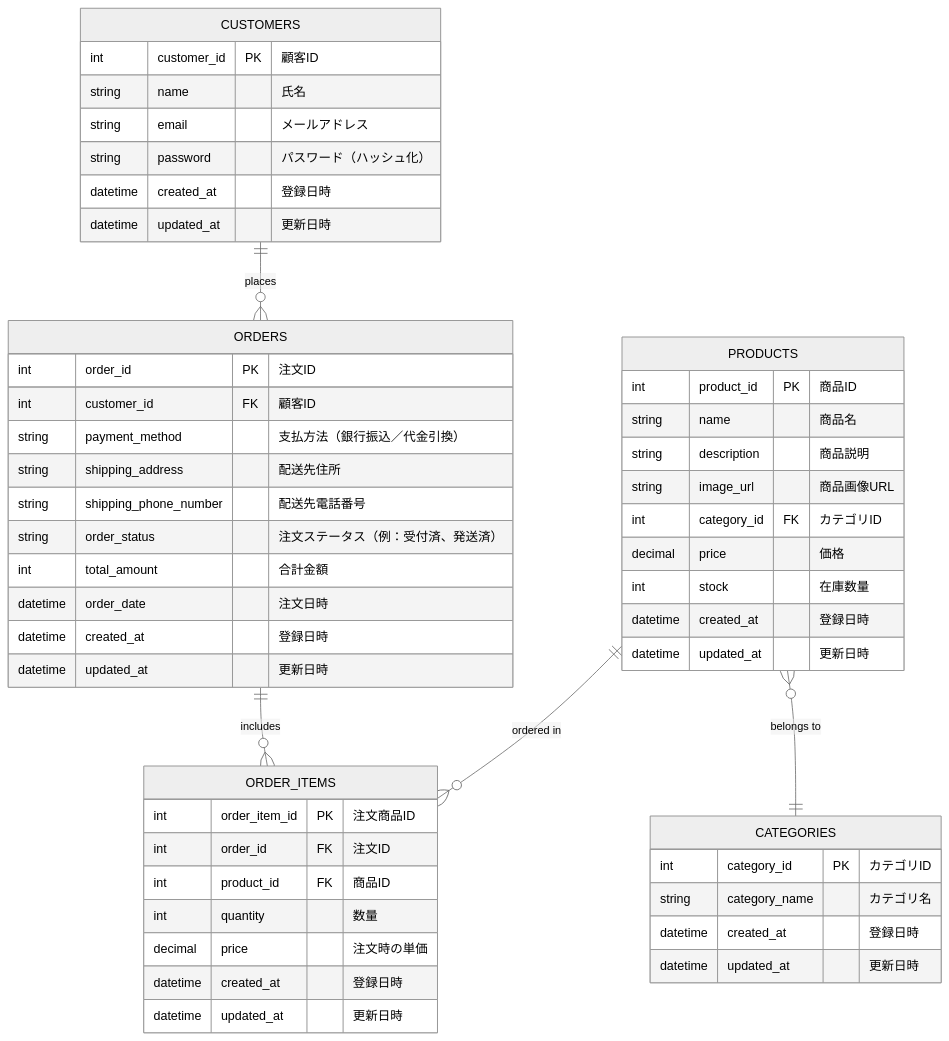
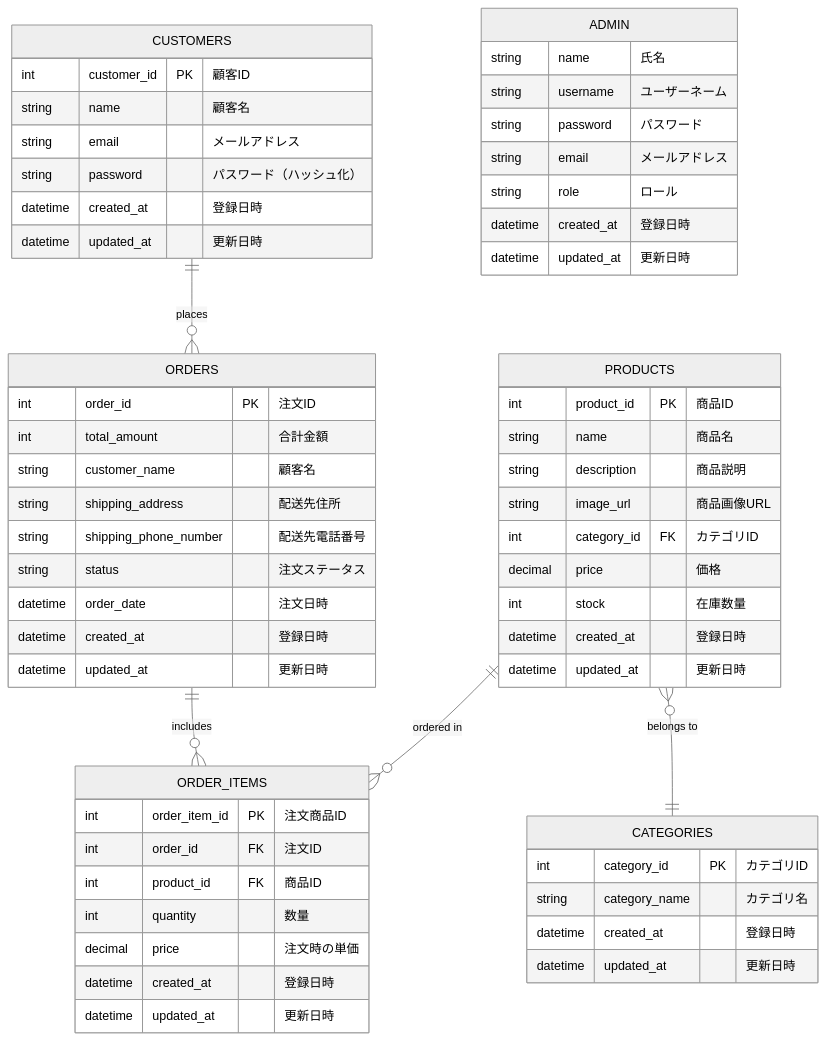
The sixth of 6 diagrams in 基本設計書/基本設計書.md (Rikumt12/Popcorn), drawn with Mermaid (neutral theme) before and after one commit. The commit also changed other lines of this file, not shown here.

Commit message:
E-R図

````diff
--- a/基本設計書/基本設計書.md
+++ b/基本設計書/基本設計書.md
@@ -375,55 +376,63 @@
 ```mermaid
 
 erDiagram
     CUSTOMERS ||--o{ ORDERS : "places"
     PRODUCTS }o--|| CATEGORIES : "belongs to"
     ORDERS ||--o{ ORDER_ITEMS : "includes"
     PRODUCTS ||--o{ ORDER_ITEMS : "ordered in"
 
     CUSTOMERS {
         int customer_id PK "顧客ID"
-        string name "氏名"
+        string name "顧客名"
         string email "メールアドレス"
         string password "パスワード（ハッシュ化）"
         datetime created_at "登録日時"
         datetime updated_at "更新日時"
     }
     PRODUCTS {
         int product_id PK "商品ID"
         string name "商品名"
         string description "商品説明"
         string image_url "商品画像URL"
         int category_id FK "カテゴリID"
         decimal price "価格"
         int stock "在庫数量"
         datetime created_at "登録日時"
         datetime updated_at "更新日時"
     }
     CATEGORIES {
         int category_id PK "カテゴリID"
         string category_name "カテゴリ名"
         datetime created_at "登録日時"
         datetime updated_at "更新日時"
     }
     ORDERS {
         int order_id PK "注文ID"
-        int customer_id FK "顧客ID"
-        string payment_method "支払方法（銀行振込／代金引換）"
+        int total_amount "合計金額"
+        string customer_name "顧客名"
         string shipping_address "配送先住所"
         string shipping_phone_number "配送先電話番号"
-        string order_status "注文ステータス（例：受付済、発送済）"
-        int total_amount "合計金額"
+        string status "注文ステータス"
         datetime order_date "注文日時"
         datetime created_at "登録日時"
         datetime updated_at "更新日時"
     }
     ORDER_ITEMS {
         int order_item_id PK "注文商品ID"
         int order_id FK "注文ID"
         int product_id FK "商品ID"
         int quantity "数量"
         decimal price "注文時の単価"
         datetime created_at "登録日時"
         datetime updated_at "更新日時"
     }
+    ADMIN {
+        string name "氏名"
+        string username "ユーザーネーム"
+        string password "パスワード"
+        string email "メールアドレス"
+        string role "ロール"
+        datetime created_at "登録日時"
+        datetime updated_at "更新日時"
+    }
 ```
````
